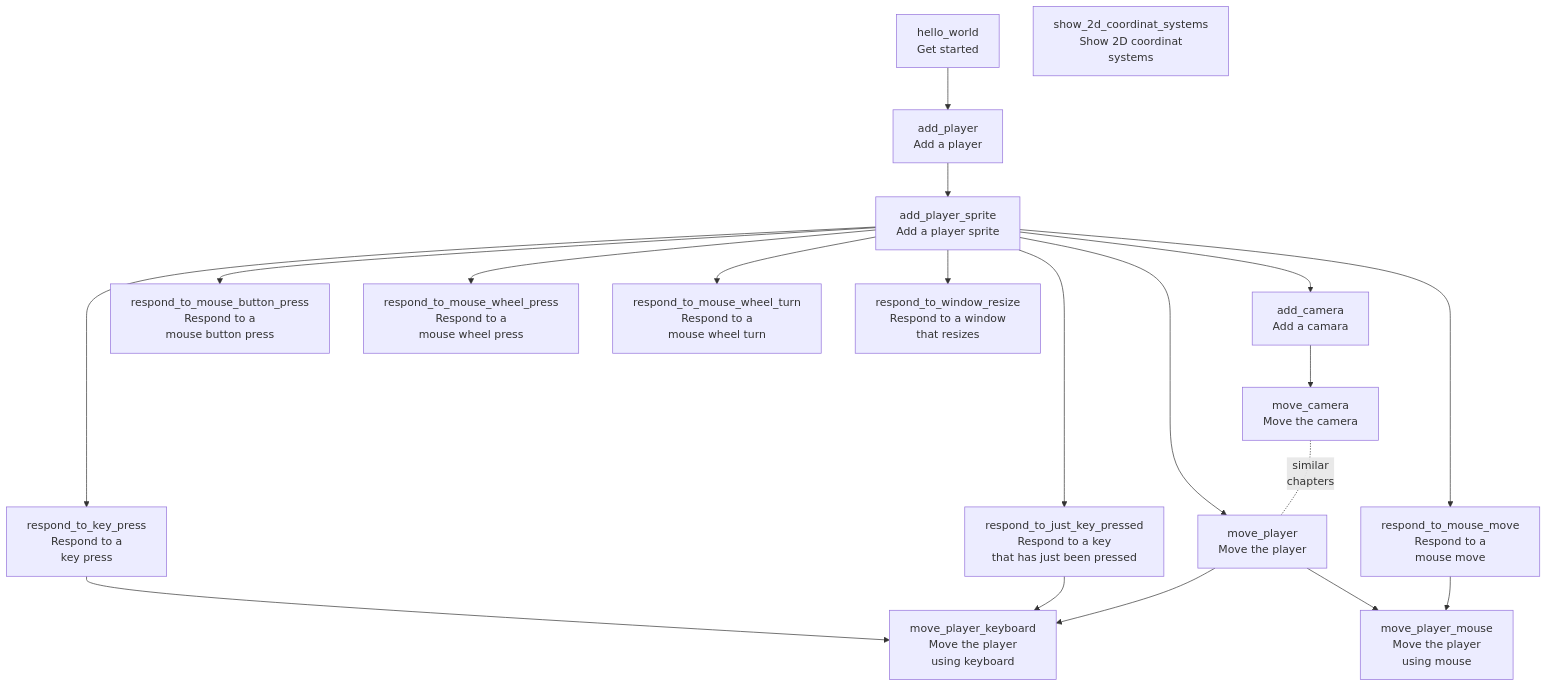
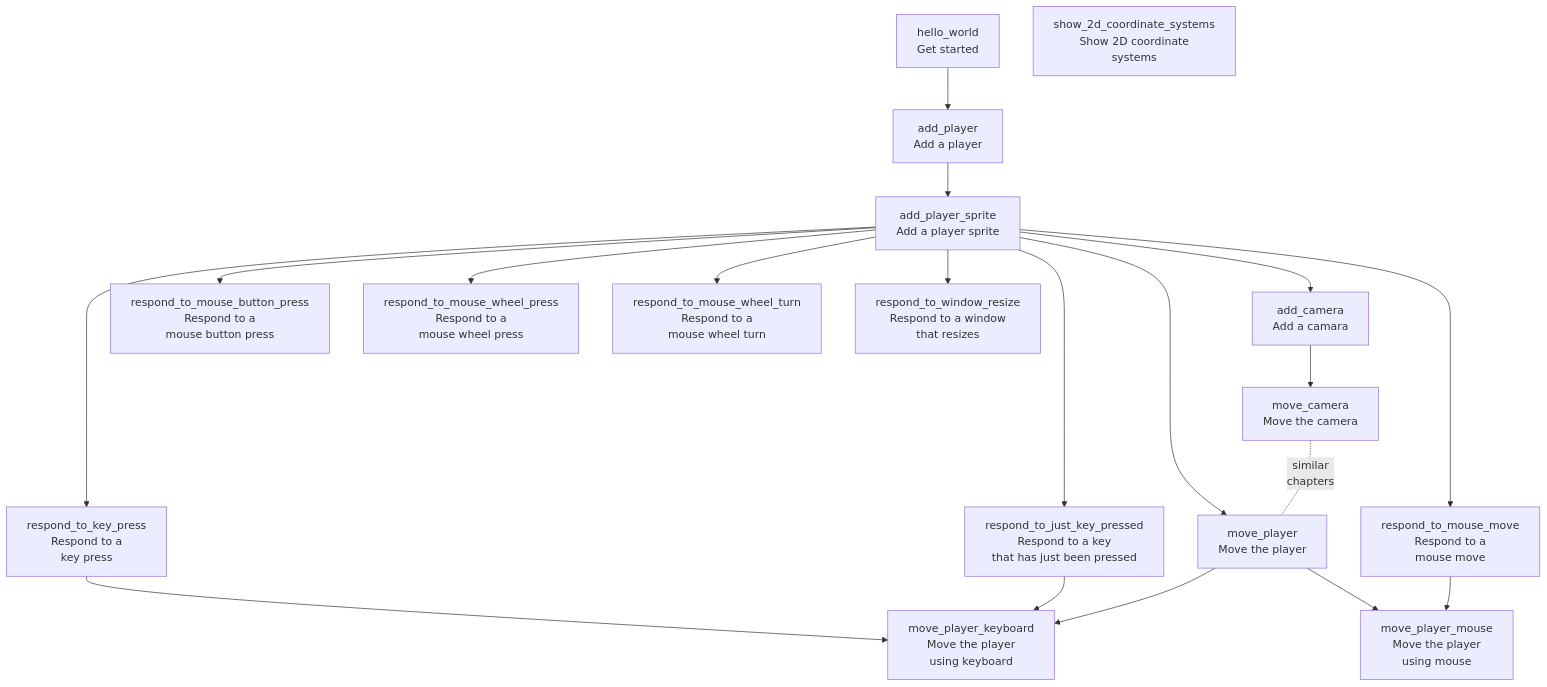
The diagram in README.md (richelbilderbeek/bevy_tdd_book), drawn with Mermaid before and after one commit. The commit also changed other lines of this file and 2 other files, not shown here.

Commit message:
Fix spelling

````diff
--- a/README.md
+++ b/README.md
@@ -33,47 +33,47 @@
 ```mermaid
 flowchart TD
   hello_world[hello_world\nGet started]
   add_player[add_player\nAdd a player]
   add_player_sprite[add_player_sprite\nAdd a player sprite]
   add_camera[add_camera\nAdd a camara]
   move_camera[move_camera\nMove the camera]
   move_player[move_player\nMove the player]
   move_player_keyboard[move_player_keyboard\nMove the player\nusing keyboard]
   move_player_mouse[move_player_mouse\nMove the player\nusing mouse]
 
   respond_to_key_press[respond_to_key_press\nRespond to a\nkey press]
   respond_to_mouse_move[respond_to_mouse_move\nRespond to a\nmouse move]
   respond_to_mouse_button_press[respond_to_mouse_button_press\nRespond to a\nmouse button press]
   respond_to_mouse_wheel_press[respond_to_mouse_wheel_press\nRespond to a\nmouse wheel press]
   respond_to_mouse_wheel_turn[respond_to_mouse_wheel_turn\nRespond to a\nmouse wheel turn]
   respond_to_just_key_pressed[respond_to_just_key_pressed\nRespond to a key\nthat has just been pressed]
   respond_to_window_resize[respond_to_window_resize\nRespond to a window\nthat resizes]
 
-  show_2d_coordinat_systems[show_2d_coordinat_systems\nShow 2D coordinat\nsystems]
+  show_2d_coordinate_systems[show_2d_coordinate_systems\nShow 2D coordinate\nsystems]
 
   hello_world --> add_player
   add_player_sprite --> respond_to_key_press
   add_player_sprite --> respond_to_just_key_pressed
   add_player_sprite --> respond_to_mouse_move
   add_player_sprite --> respond_to_mouse_button_press
   add_player_sprite --> respond_to_mouse_wheel_press
   add_player_sprite --> respond_to_mouse_wheel_turn
   add_player_sprite --> respond_to_window_resize
 
 
   respond_to_key_press --> move_player_keyboard
   respond_to_just_key_pressed --> move_player_keyboard
 
   add_player --> add_player_sprite
   add_player_sprite --> move_player
   add_player_sprite --> add_camera
   add_camera --> move_camera
 
   move_camera -.- |similar\nchapters| move_player
 
   move_player --> move_player_keyboard
   move_player --> move_player_mouse
 
   respond_to_mouse_move --> move_player_mouse
 
 ```
````
